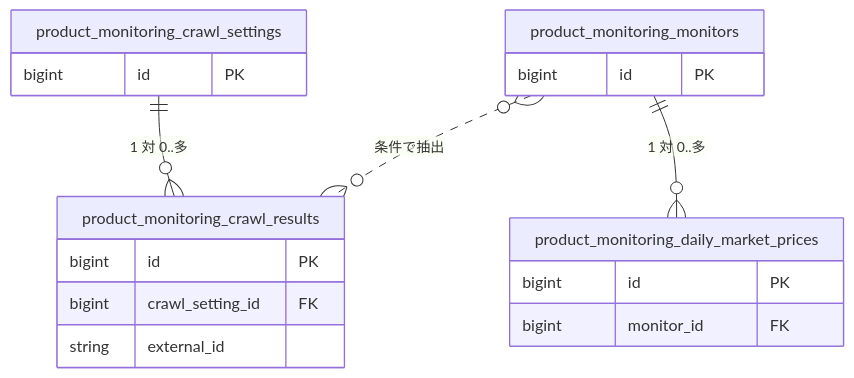
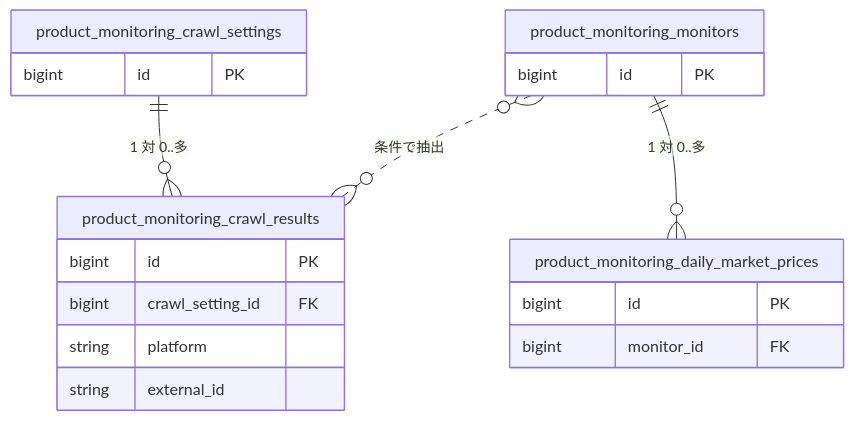
Before and after one commit to kuroweb/price-monitoring: the diagram in docs/features/product-monitoring/database.md, drawn with Mermaid. The commit also changed other lines of this file, not shown here.

````diff
--- a/docs/features/product-monitoring/database.md
+++ b/docs/features/product-monitoring/database.md
@@ -26,21 +26,22 @@
 ```mermaid
 erDiagram
   product_monitoring_crawl_settings {
     bigint id PK
   }
   product_monitoring_crawl_results {
     bigint id PK
     bigint crawl_setting_id FK
+    string platform
     string external_id
   }
   product_monitoring_monitors {
     bigint id PK
   }
   product_monitoring_daily_market_prices {
     bigint id PK
     bigint monitor_id FK
   }
   product_monitoring_crawl_settings ||--o{ product_monitoring_crawl_results : "1 対 0..多"
   product_monitoring_monitors ||--o{ product_monitoring_daily_market_prices : "1 対 0..多"
   product_monitoring_monitors }o..o{ product_monitoring_crawl_results : "条件で抽出"
 ```
````
